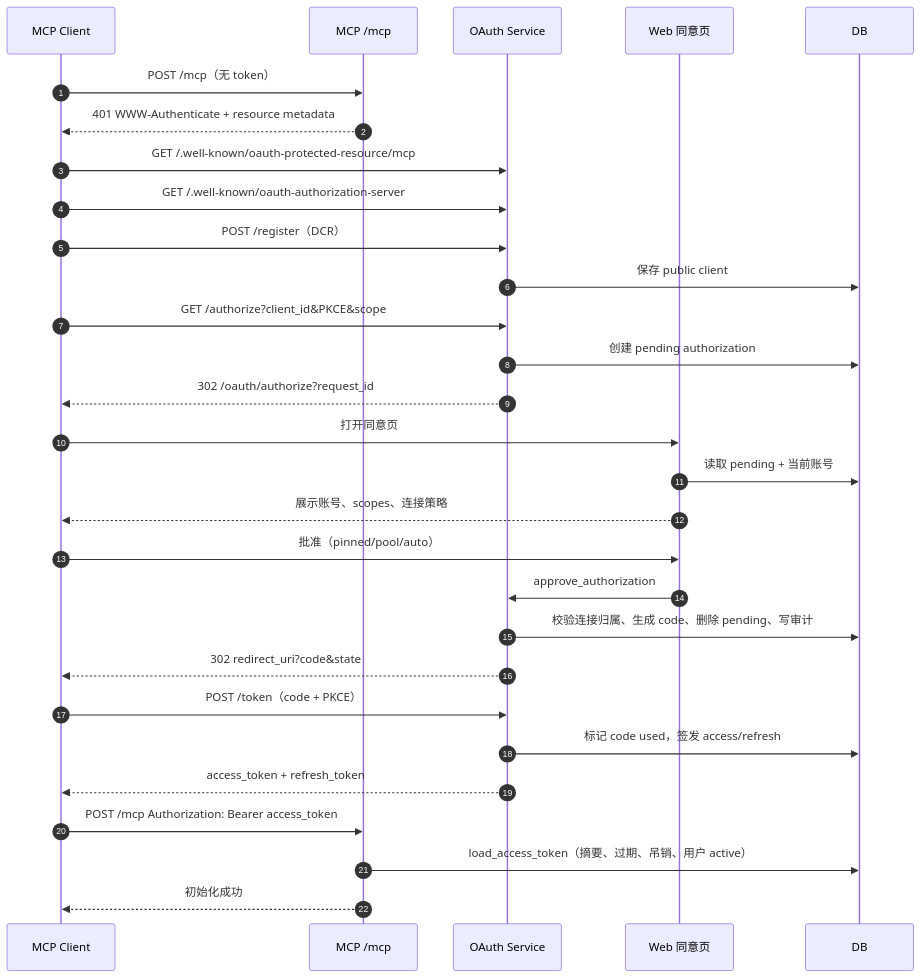
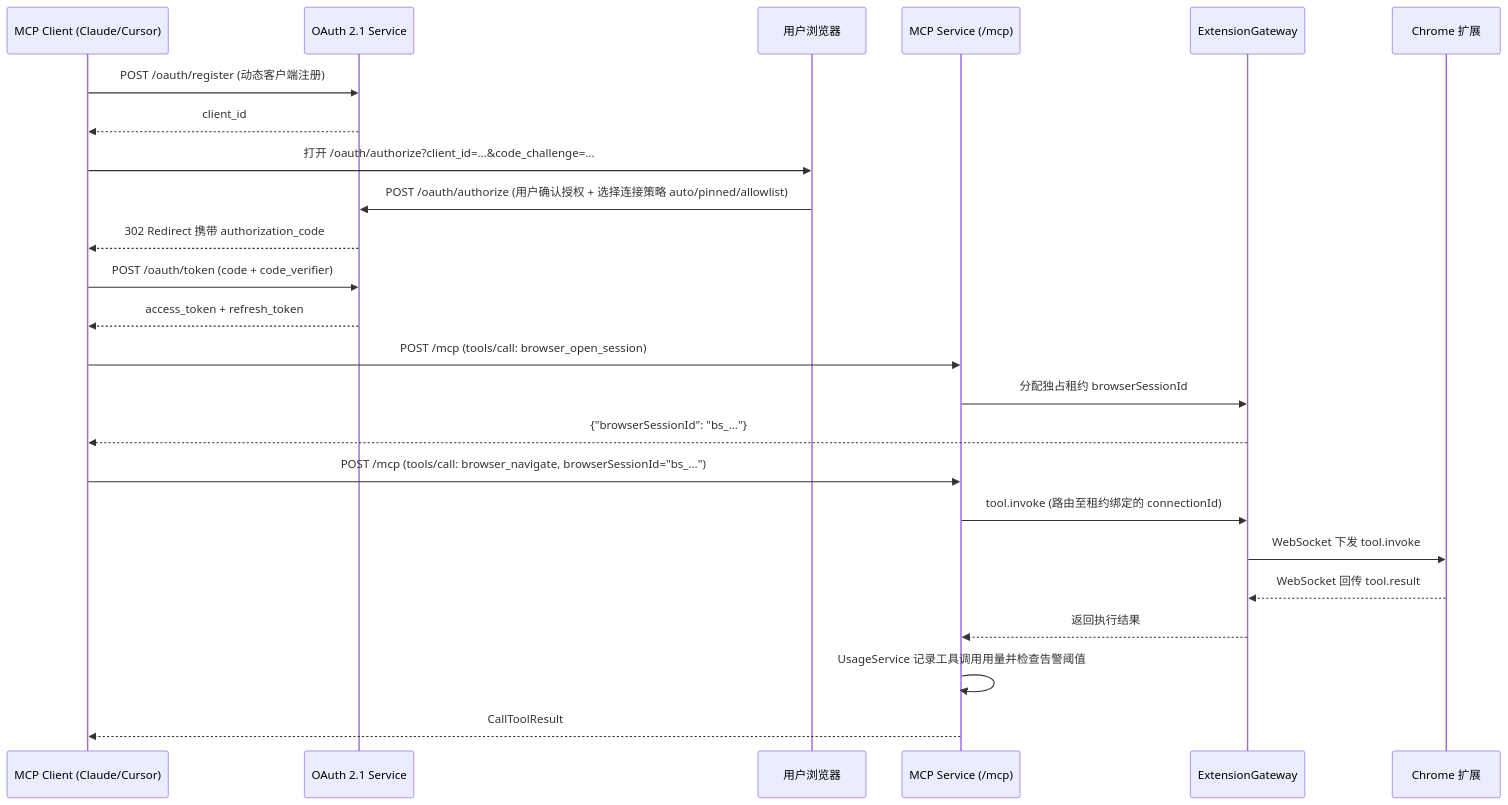
One commit to borgle/abm-server changed the third of 4 diagrams in docs/data-flow.md. Above: the diagram before and after it, drawn with Mermaid. The commit also changed other lines of this file and 90 other files, not shown here.

````diff
--- a/docs/data-flow.md
+++ b/docs/data-flow.md
@@ -235,31 +47,29 @@
 ```mermaid
 sequenceDiagram
-    autonumber
-    participant C as MCP Client
-    participant M as MCP /mcp
-    participant O as OAuth Service
-    participant W as Web 同意页
-    participant D as DB
-    C->>M: POST /mcp（无 token）
-    M-->>C: 401 WWW-Authenticate + resource metadata
-    C->>O: GET /.well-known/oauth-protected-resource/mcp
-    C->>O: GET /.well-known/oauth-authorization-server
-    C->>O: POST /register（DCR）
-    O->>D: 保存 public client
-    C->>O: GET /authorize?client_id&PKCE&scope
-    O->>D: 创建 pending authorization
-    O-->>C: 302 /oauth/authorize?request_id
-    C->>W: 打开同意页
-    W->>D: 读取 pending + 当前账号
-    W-->>C: 展示账号、scopes、连接策略
-    C->>W: 批准（pinned/pool/auto）
-    W->>O: approve_authorization
-    O->>D: 校验连接归属、生成 code、删除 pending、写审计
-    O-->>C: 302 redirect_uri?code&state
-    C->>O: POST /token（code + PKCE）
-    O->>D: 标记 code used，签发 access/refresh
-    O-->>C: access_token + refresh_token
-    C->>M: POST /mcp Authorization: Bearer access_token
-    M->>D: load_access_token（摘要、过期、吊销、用户 active）
-    M-->>C: 初始化成功
+    participant Agent as MCP Client (Claude/Cursor)
+    participant OAuth as OAuth 2.1 Service
+    participant Browser as 用户浏览器
+    participant MCP as MCP Service (/mcp)
+    participant GW as ExtensionGateway
+    participant Ext as Chrome 扩展
+
+    Agent->>OAuth: POST /oauth/register (动态客户端注册)
+    OAuth-->>Agent: client_id
+    Agent->>Browser: 打开 /oauth/authorize?client_id=...&code_challenge=...
+    Browser->>OAuth: POST /oauth/authorize (用户确认授权 + 选择连接策略 auto/pinned/allowlist)
+    OAuth-->>Agent: 302 Redirect 携带 authorization_code
+    Agent->>OAuth: POST /oauth/token (code + code_verifier)
+    OAuth-->>Agent: access_token + refresh_token
+
+    Agent->>MCP: POST /mcp (tools/call: browser_open_session)
+    MCP->>GW: 分配独占租约 browserSessionId
+    GW-->>Agent: {"browserSessionId": "bs_..."}
+
+    Agent->>MCP: POST /mcp (tools/call: browser_navigate, browserSessionId="bs_...")
+    MCP->>GW: tool.invoke (路由至租约绑定的 connectionId)
+    GW->>Ext: WebSocket 下发 tool.invoke
+    Ext-->>GW: WebSocket 回传 tool.result
+    GW-->>MCP: 返回执行结果
+    MCP->>MCP: UsageService 记录工具调用用量并检查告警阈值
+    MCP-->>Agent: CallToolResult
 ```
````
